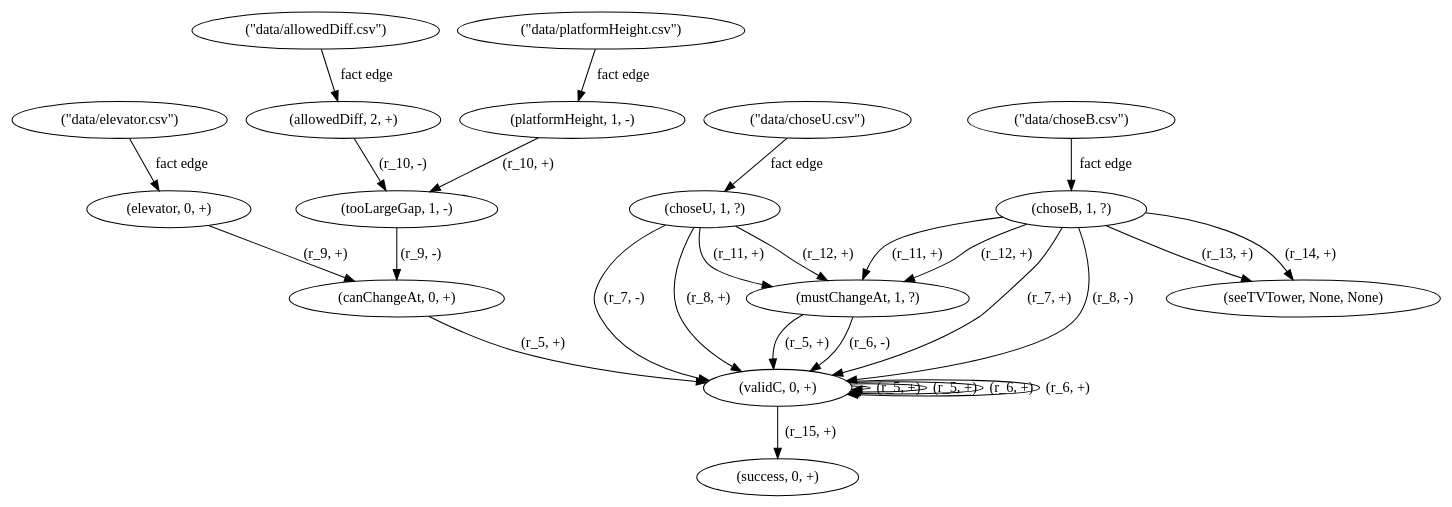
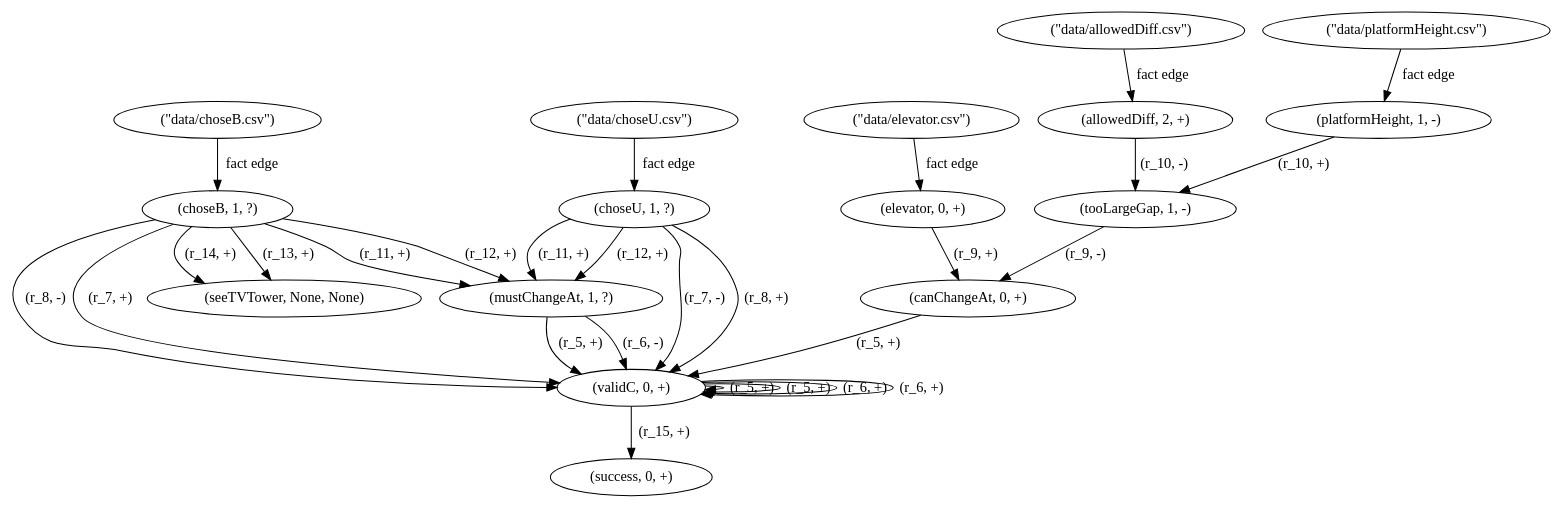
The diagram in Transformation Sequence 1/input/input_adg.dot (Leo-Aus-Berlin/nemo-metamorphic-testing), drawn with Graphviz before and after one commit. The commit also changed 31 other files, not shown here.

Commit message:
attempting add_fact_node_and_edge

```diff
--- a/Transformation Sequence 1/input/input_adg.dot
+++ b/Transformation Sequence 1/input/input_adg.dot
@@ -1,45 +1,45 @@
 digraph {
-    0 [ label = "(success, 0, +)" ]
-    1 [ label = "(canChangeAt, 0, +)" ]
-    2 [ label = "(choseB, 1, ?)" ]
-    3 [ label = "(choseU, 1, ?)" ]
-    4 [ label = "(allowedDiff, 2, +)" ]
+    0 [ label = "(mustChangeAt, 1, ?)" ]
+    1 [ label = "(platformHeight, 1, -)" ]
+    2 [ label = "(allowedDiff, 2, +)" ]
+    3 [ label = "(choseB, 1, ?)" ]
+    4 [ label = "(canChangeAt, 0, +)" ]
     5 [ label = "(elevator, 0, +)" ]
-    6 [ label = "(tooLargeGap, 1, -)" ]
-    7 [ label = "(validC, 0, +)" ]
-    8 [ label = "(platformHeight, 1, -)" ]
-    9 [ label = "(mustChangeAt, 1, ?)" ]
-    10 [ label = "(seeTVTower, None, None)" ]
+    6 [ label = "(seeTVTower, None, None)" ]
+    7 [ label = "(success, 0, +)" ]
+    8 [ label = "(validC, 0, +)" ]
+    9 [ label = "(tooLargeGap, 1, -)" ]
+    10 [ label = "(choseU, 1, ?)" ]
     11 [ label = "(\"data/choseU.csv\")" ]
     12 [ label = "(\"data/choseB.csv\")" ]
     13 [ label = "(\"data/elevator.csv\")" ]
     14 [ label = "(\"data/platformHeight.csv\")" ]
     15 [ label = "(\"data/allowedDiff.csv\")" ]
-    11 -> 3 [ label = "fact edge" ]
-    12 -> 2 [ label = "fact edge" ]
+    11 -> 10 [ label = "fact edge" ]
+    12 -> 3 [ label = "fact edge" ]
     13 -> 5 [ label = "fact edge" ]
-    14 -> 8 [ label = "fact edge" ]
-    15 -> 4 [ label = "fact edge" ]
-    7 -> 7 [ label = "(r_5, +)" ]
-    7 -> 7 [ label = "(r_5, +)" ]
-    9 -> 7 [ label = "(r_5, +)" ]
-    1 -> 7 [ label = "(r_5, +)" ]
-    7 -> 7 [ label = "(r_6, +)" ]
-    7 -> 7 [ label = "(r_6, +)" ]
-    9 -> 7 [ label = "(r_6, -)" ]
-    2 -> 7 [ label = "(r_7, +)" ]
-    3 -> 7 [ label = "(r_7, -)" ]
-    3 -> 7 [ label = "(r_8, +)" ]
-    2 -> 7 [ label = "(r_8, -)" ]
-    5 -> 1 [ label = "(r_9, +)" ]
-    6 -> 1 [ label = "(r_9, -)" ]
-    8 -> 6 [ label = "(r_10, +)" ]
-    4 -> 6 [ label = "(r_10, -)" ]
-    3 -> 9 [ label = "(r_11, +)" ]
-    2 -> 9 [ label = "(r_11, +)" ]
-    2 -> 9 [ label = "(r_12, +)" ]
-    3 -> 9 [ label = "(r_12, +)" ]
-    2 -> 10 [ label = "(r_13, +)" ]
-    2 -> 10 [ label = "(r_14, +)" ]
-    7 -> 0 [ label = "(r_15, +)" ]
+    14 -> 1 [ label = "fact edge" ]
+    15 -> 2 [ label = "fact edge" ]
+    8 -> 8 [ label = "(r_5, +)" ]
+    8 -> 8 [ label = "(r_5, +)" ]
+    0 -> 8 [ label = "(r_5, +)" ]
+    4 -> 8 [ label = "(r_5, +)" ]
+    8 -> 8 [ label = "(r_6, +)" ]
+    8 -> 8 [ label = "(r_6, +)" ]
+    0 -> 8 [ label = "(r_6, -)" ]
+    3 -> 8 [ label = "(r_7, +)" ]
+    10 -> 8 [ label = "(r_7, -)" ]
+    10 -> 8 [ label = "(r_8, +)" ]
+    3 -> 8 [ label = "(r_8, -)" ]
+    5 -> 4 [ label = "(r_9, +)" ]
+    9 -> 4 [ label = "(r_9, -)" ]
+    1 -> 9 [ label = "(r_10, +)" ]
+    2 -> 9 [ label = "(r_10, -)" ]
+    10 -> 0 [ label = "(r_11, +)" ]
+    3 -> 0 [ label = "(r_11, +)" ]
+    3 -> 0 [ label = "(r_12, +)" ]
+    10 -> 0 [ label = "(r_12, +)" ]
+    3 -> 6 [ label = "(r_13, +)" ]
+    3 -> 6 [ label = "(r_14, +)" ]
+    8 -> 7 [ label = "(r_15, +)" ]
 }
```
